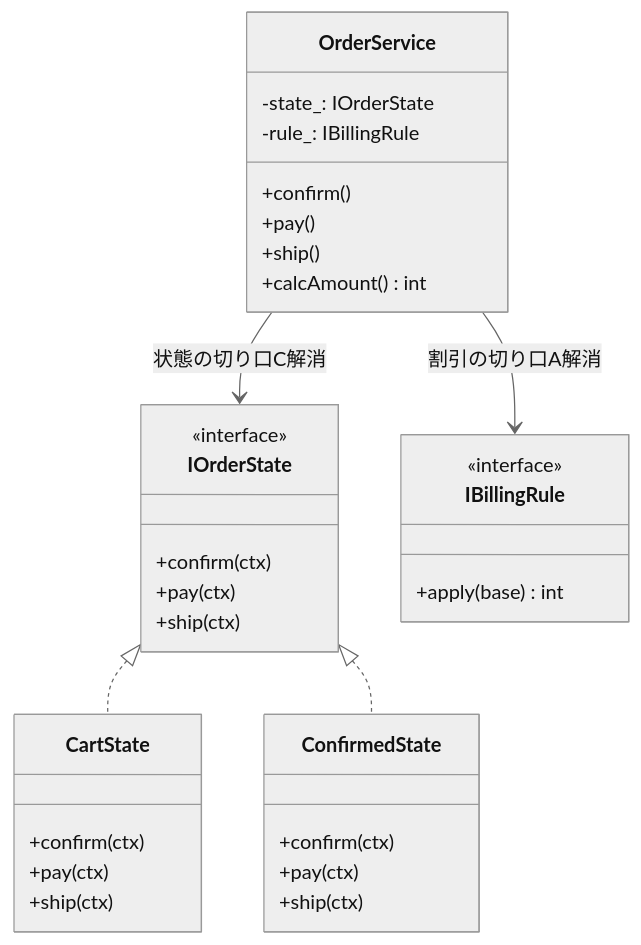
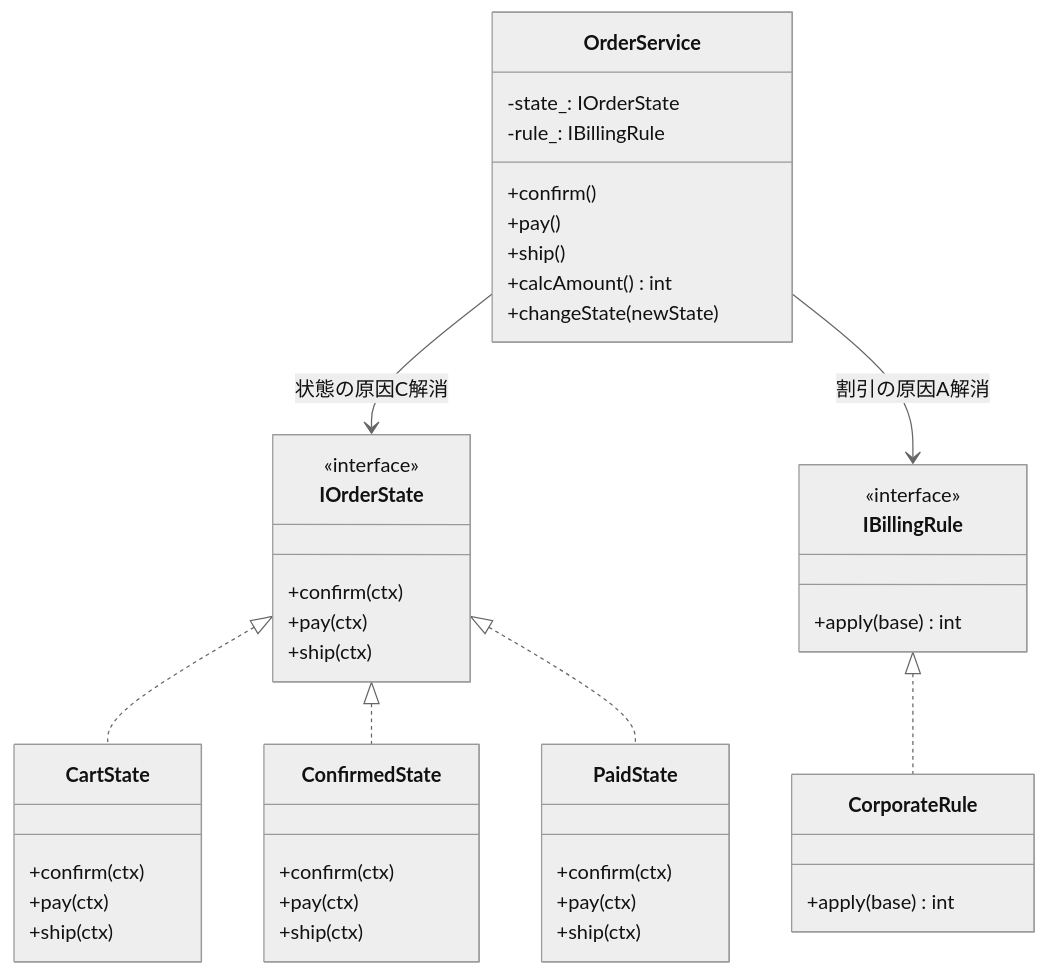
The fifth of 6 diagrams in kindle/design-patterns/output/chapter09.md (kumachan1101-pixel/DesignPattern), drawn with Mermaid (neutral theme) before and after one commit. The commit also changed other lines of this file and 1 other file, not shown here.

````diff
--- a/kindle/design-patterns/output/chapter09.md
+++ b/kindle/design-patterns/output/chapter09.md
@@ -224,36 +601,47 @@
 ```mermaid
 classDiagram
     class OrderService {
         -state_: IOrderState
         -rule_: IBillingRule
         +confirm()
         +pay()
         +ship()
         +calcAmount() int
+        +changeState(newState)
     }
     class IOrderState {
         <<interface>>
         +confirm(ctx)
         +pay(ctx)
         +ship(ctx)
     }
     class CartState {
         +confirm(ctx)
         +pay(ctx)
         +ship(ctx)
     }
     class ConfirmedState {
         +confirm(ctx)
         +pay(ctx)
         +ship(ctx)
     }
+    class PaidState {
+        +confirm(ctx)
+        +pay(ctx)
+        +ship(ctx)
+    }
     class IBillingRule {
         <<interface>>
         +apply(base) int
     }
+    class CorporateRule {
+        +apply(base) int
+    }
 
-    OrderService --> IOrderState : 状態の切り口C解消
-    OrderService --> IBillingRule : 割引の切り口A解消
+    OrderService --> IOrderState : 状態の原因C解消
+    OrderService --> IBillingRule : 割引の原因A解消
     IOrderState <|.. CartState
     IOrderState <|.. ConfirmedState
+    IOrderState <|.. PaidState
+    IBillingRule <|.. CorporateRule
 ```
````
